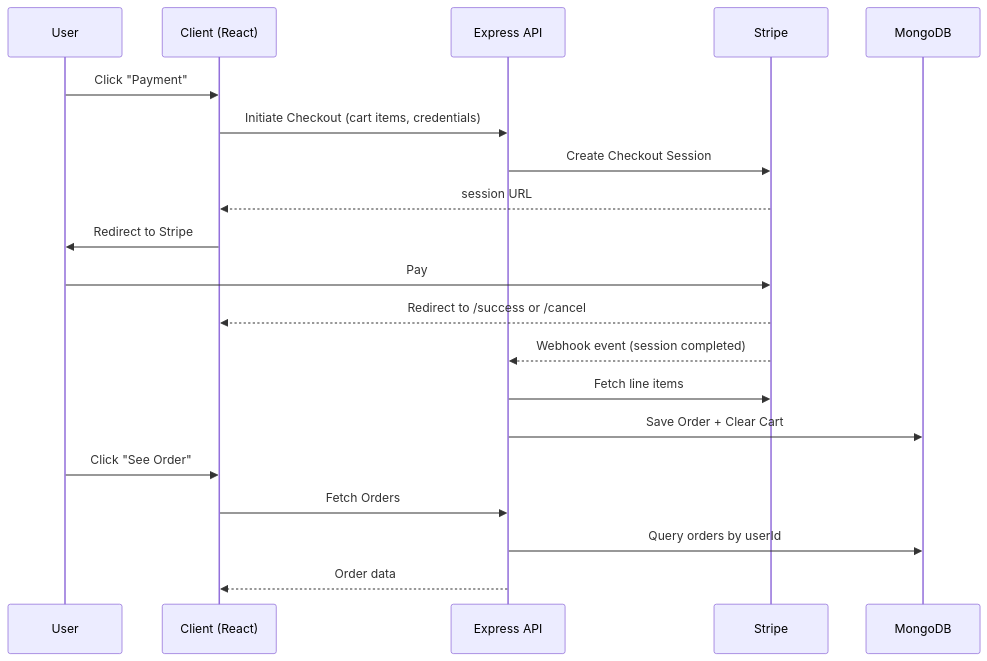
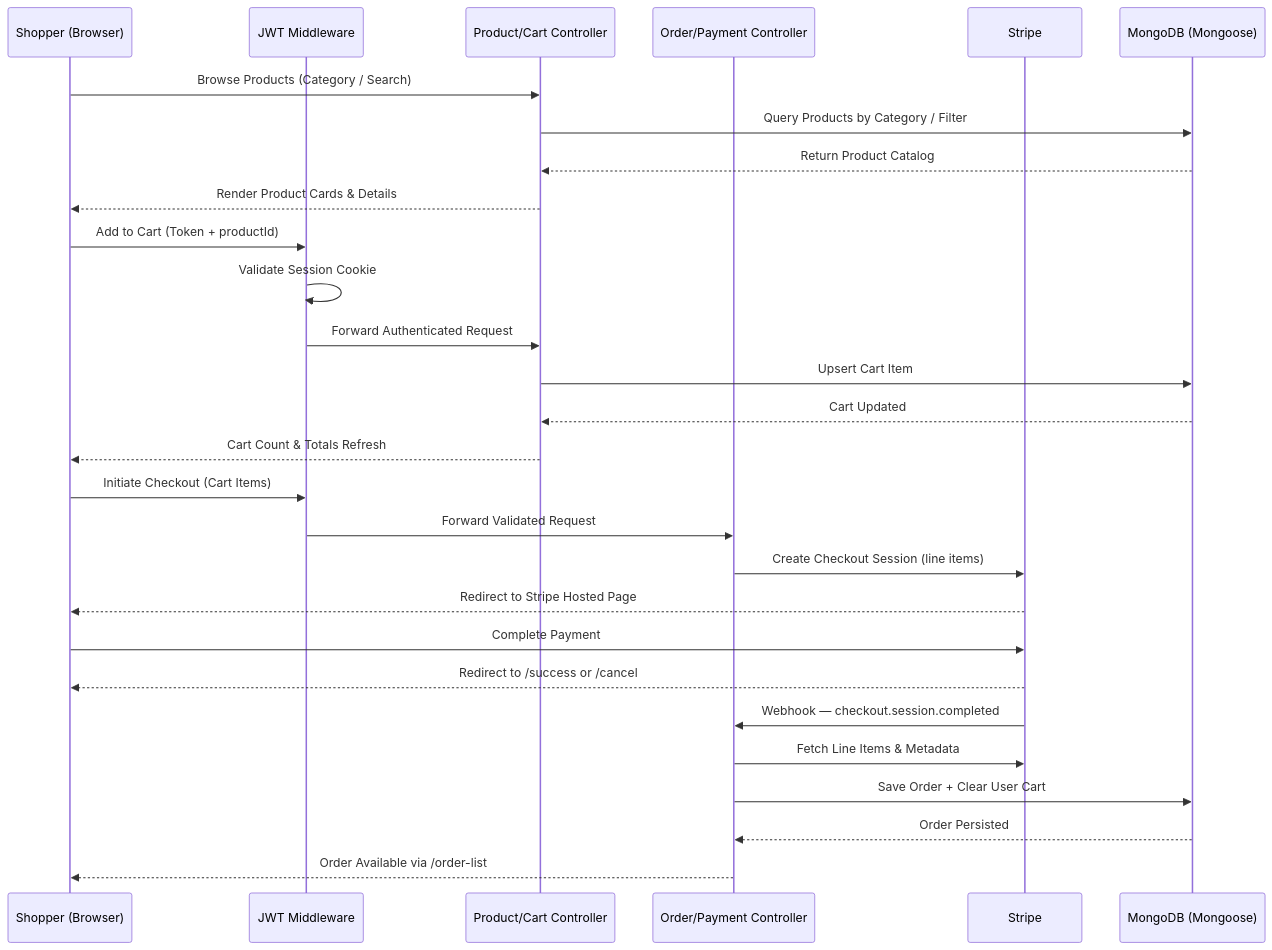
One commit to MuhammadBilal-dev1/bilal-shop changed the second of 2 diagrams in README.md. Above: the diagram before and after it, drawn with Mermaid. The commit also changed other lines of this file and 16 other files, not shown here.

````diff
--- a/README.md
+++ b/README.md
@@ -50,23 +111,33 @@
 ```mermaid
 sequenceDiagram
-  participant U as User
-  participant FE as Client (React)
-  participant API as Express API
+  participant U as Shopper (Browser)
+  participant JWT as JWT Middleware
+  participant PC as Product/Cart Controller
+  participant OC as Order/Payment Controller
   participant ST as Stripe
-  participant DB as MongoDB
+  participant DB as MongoDB (Mongoose)
 
-  U->>FE: Click "Payment"
-  FE->>API: Initiate Checkout (cart items, credentials)
-  API->>ST: Create Checkout Session
-  ST-->>FE: session URL
-  FE->>U: Redirect to Stripe
-  U->>ST: Pay
-  ST-->>FE: Redirect to /success or /cancel
-  ST-->>API: Webhook event (session completed)
-  API->>ST: Fetch line items
-  API->>DB: Save Order + Clear Cart
-  U->>FE: Click "See Order"
-  FE->>API: Fetch Orders
-  API->>DB: Query orders by userId
-  API-->>FE: Order data
+  U->>PC: Browse Products (Category / Search)
+  PC->>DB: Query Products by Category / Filter
+  DB-->>PC: Return Product Catalog
+  PC-->>U: Render Product Cards & Details
+
+  U->>JWT: Add to Cart (Token + productId)
+  JWT->>JWT: Validate Session Cookie
+  JWT->>PC: Forward Authenticated Request
+  PC->>DB: Upsert Cart Item
+  DB-->>PC: Cart Updated
+  PC-->>U: Cart Count & Totals Refresh
+
+  U->>JWT: Initiate Checkout (Cart Items)
+  JWT->>OC: Forward Validated Request
+  OC->>ST: Create Checkout Session (line items)
+  ST-->>U: Redirect to Stripe Hosted Page
+  U->>ST: Complete Payment
+  ST-->>U: Redirect to /success or /cancel
+  ST->>OC: Webhook — checkout.session.completed
+  OC->>ST: Fetch Line Items & Metadata
+  OC->>DB: Save Order + Clear User Cart
+  DB-->>OC: Order Persisted
+  OC-->>U: Order Available via /order-list
 ```
````
